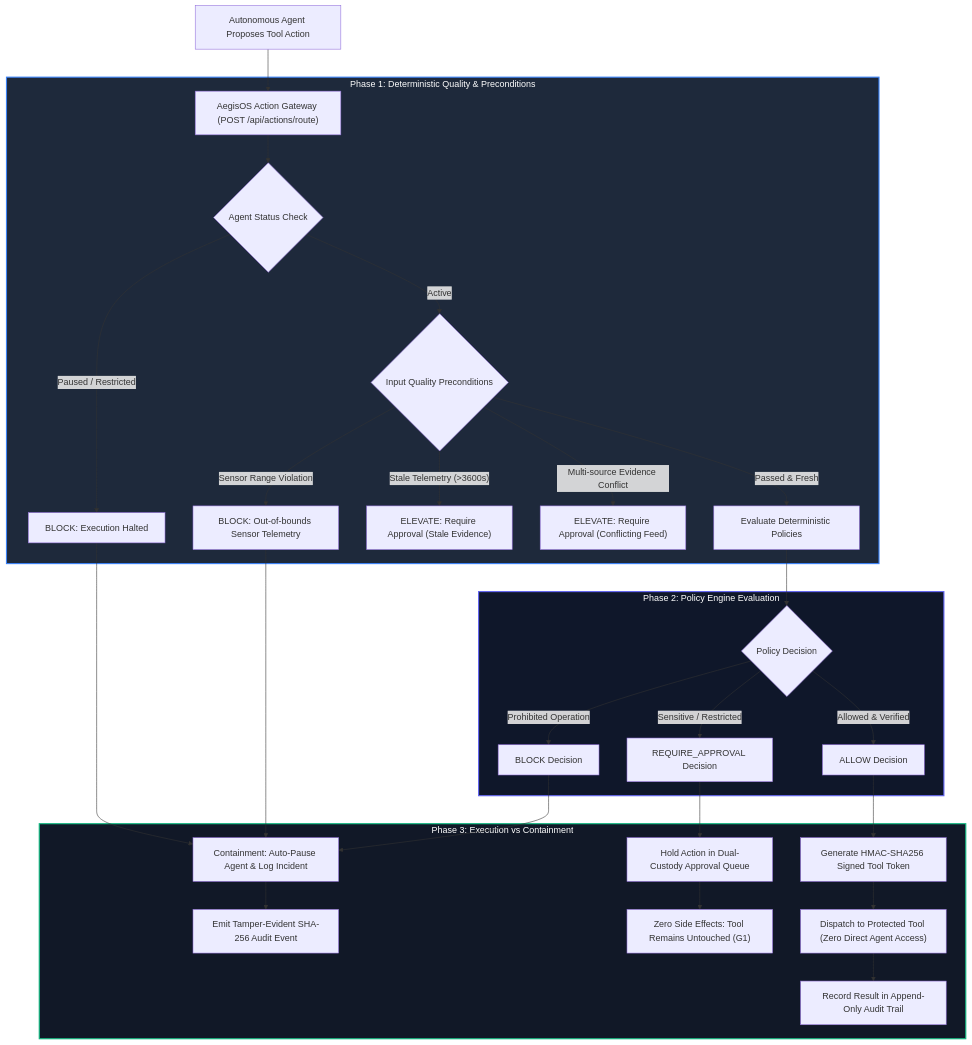
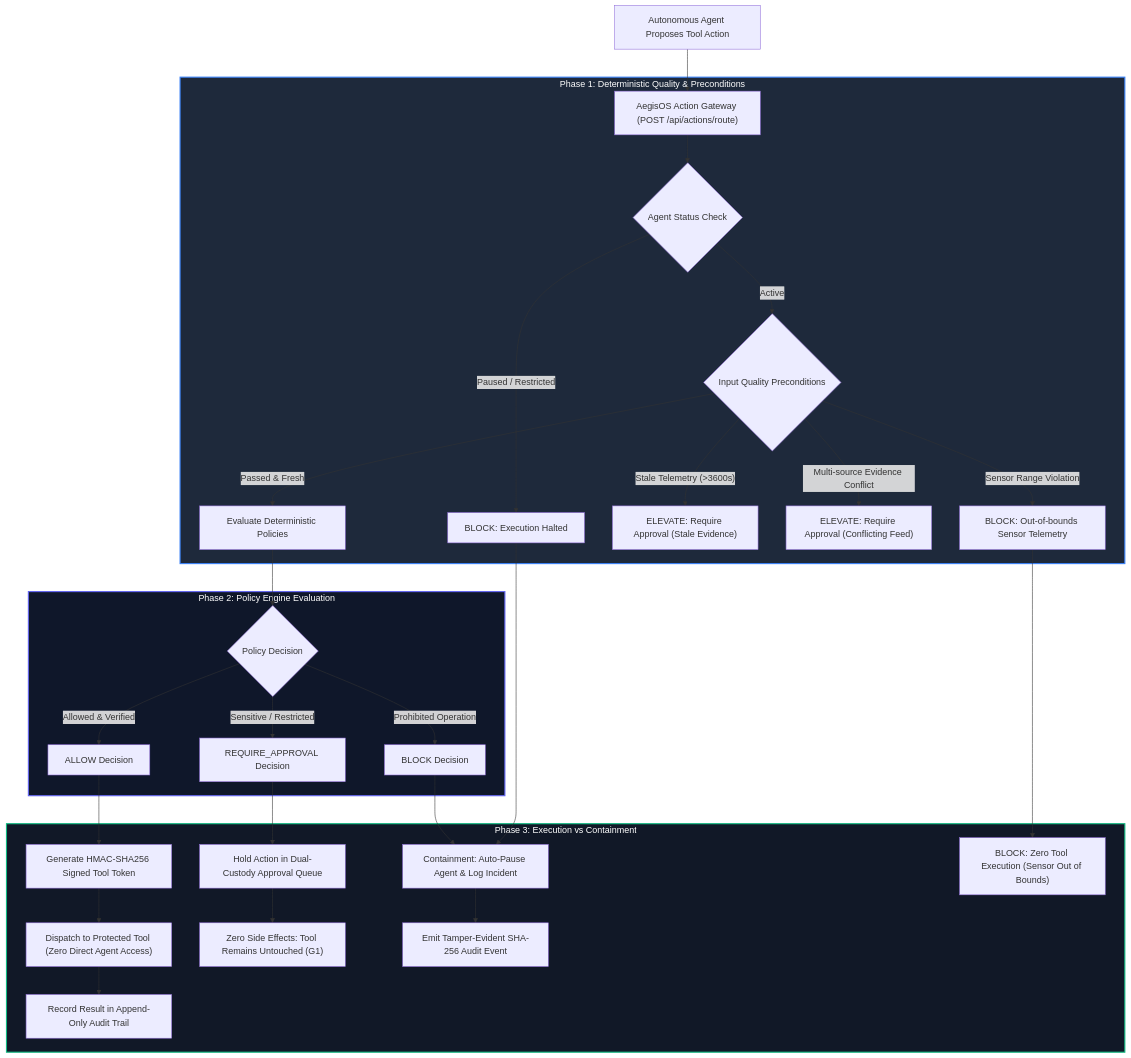
One commit to Divyanshu123-code/codex changed the first of 3 diagrams in README.md. Above: the diagram before and after it, drawn with Mermaid. The commit also changed other lines of this file and 22 other files, not shown here.

````diff
--- a/README.md
+++ b/README.md
@@ -72,39 +72,39 @@
 ```mermaid
 flowchart TD
     A["Autonomous Agent Proposes Tool Action"] --> B["AegisOS Action Gateway (POST /api/actions/route)"]
     
     subgraph S1 ["Phase 1: Deterministic Quality & Preconditions"]
         B --> C{"Agent Status Check"}
         C -- "Paused / Restricted" --> C1["BLOCK: Execution Halted"]
         C -- "Active" --> D{"Input Quality Preconditions"}
         D -- "Sensor Range Violation" --> D1["BLOCK: Out-of-bounds Sensor Telemetry"]
         D -- "Stale Telemetry (>3600s)" --> D2["ELEVATE: Require Approval (Stale Evidence)"]
         D -- "Multi-source Evidence Conflict" --> D3["ELEVATE: Require Approval (Conflicting Feed)"]
         D -- "Passed & Fresh" --> E["Evaluate Deterministic Policies"]
     end
 
     subgraph S2 ["Phase 2: Policy Engine Evaluation"]
         E --> F{"Policy Decision"}
         F -- "Prohibited Operation" --> G["BLOCK Decision"]
         F -- "Sensitive / Restricted" --> H["REQUIRE_APPROVAL Decision"]
         F -- "Allowed & Verified" --> I["ALLOW Decision"]
     end
 
     subgraph S3 ["Phase 3: Execution vs Containment"]
         I --> J["Generate HMAC-SHA256 Signed Tool Token"]
         J --> K["Dispatch to Protected Tool (Zero Direct Agent Access)"]
         K --> L["Record Result in Append-Only Audit Trail"]
 
         H --> M["Hold Action in Dual-Custody Approval Queue"]
         M --> N["Zero Side Effects: Tool Remains Untouched (G1)"]
 
         G --> O["Containment: Auto-Pause Agent & Log Incident"]
         C1 --> O
-        D1 --> O
+        D1 --> D1_BLOCK["BLOCK: Zero Tool Execution (Sensor Out of Bounds)"]
         O --> P["Emit Tamper-Evident SHA-256 Audit Event"]
     end
 
     style S1 fill:#1e293b,stroke:#3b82f6,stroke-width:2px,color:#fff
     style S2 fill:#0f172a,stroke:#6366f1,stroke-width:2px,color:#fff
     style S3 fill:#111827,stroke:#10b981,stroke-width:2px,color:#fff
 ```
````
